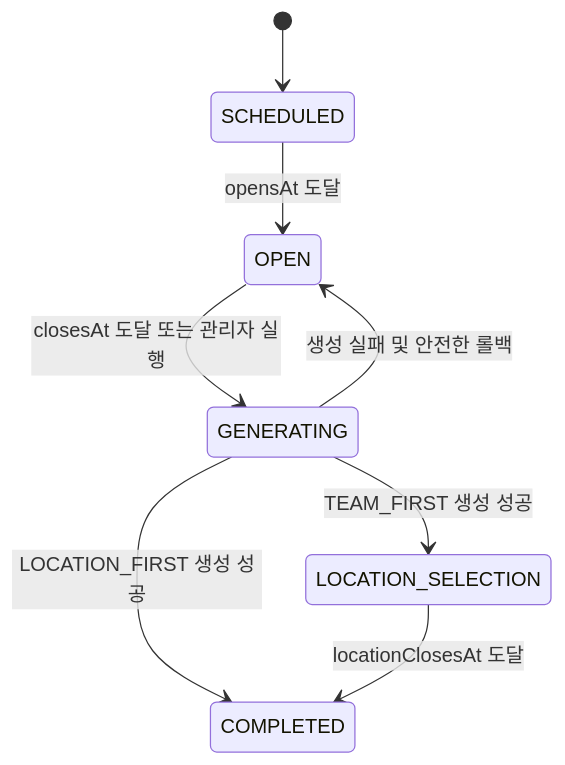
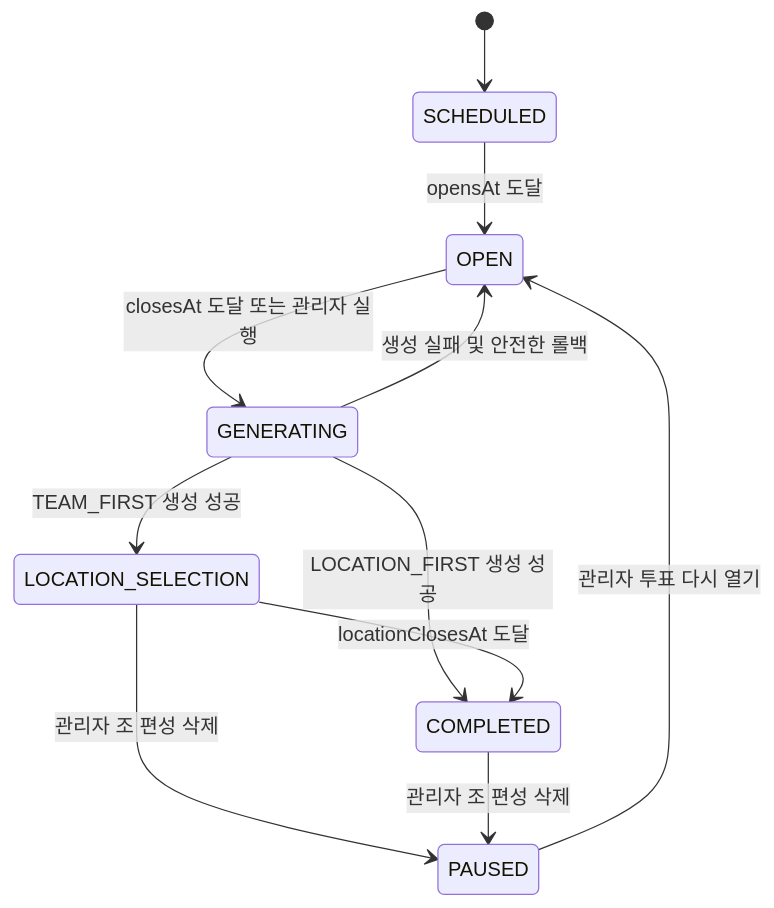
The fourth of 5 diagrams in docs/system-design.md (SsaBob-Eleven/SsaBob-Eleven), drawn with Mermaid before and after one commit. The commit also changed other lines of this file and 10 other files, not shown here.

````diff
--- a/docs/system-design.md
+++ b/docs/system-design.md
@@ -215,10 +215,13 @@
 ```mermaid
 stateDiagram-v2
     [*] --> SCHEDULED
     SCHEDULED --> OPEN: opensAt 도달
     OPEN --> GENERATING: closesAt 도달 또는 관리자 실행
     GENERATING --> COMPLETED: LOCATION_FIRST 생성 성공
     GENERATING --> LOCATION_SELECTION: TEAM_FIRST 생성 성공
     LOCATION_SELECTION --> COMPLETED: locationClosesAt 도달
+    LOCATION_SELECTION --> PAUSED: 관리자 조 편성 삭제
+    COMPLETED --> PAUSED: 관리자 조 편성 삭제
+    PAUSED --> OPEN: 관리자 투표 다시 열기
     GENERATING --> OPEN: 생성 실패 및 안전한 롤백
 ```
````
